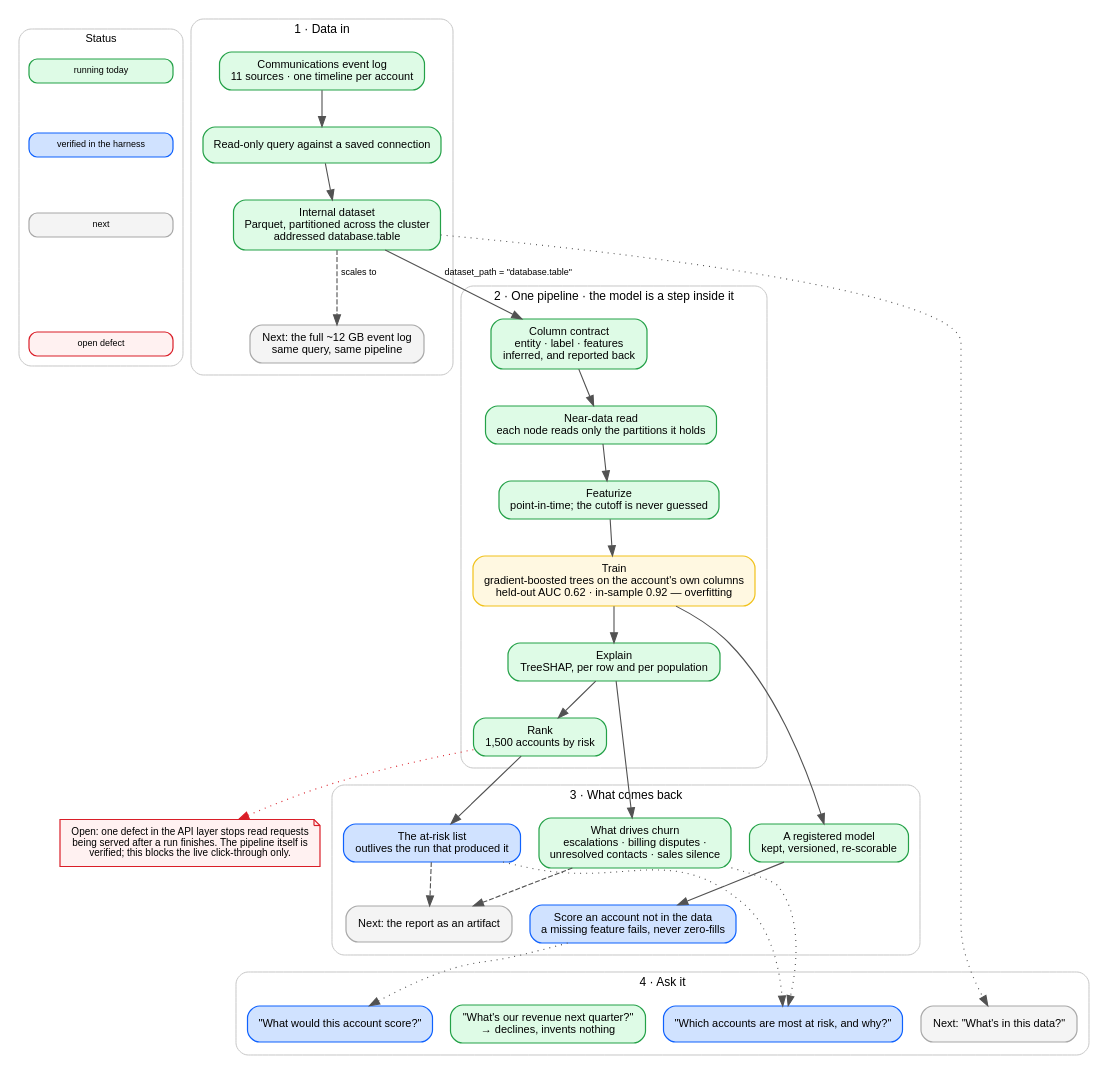
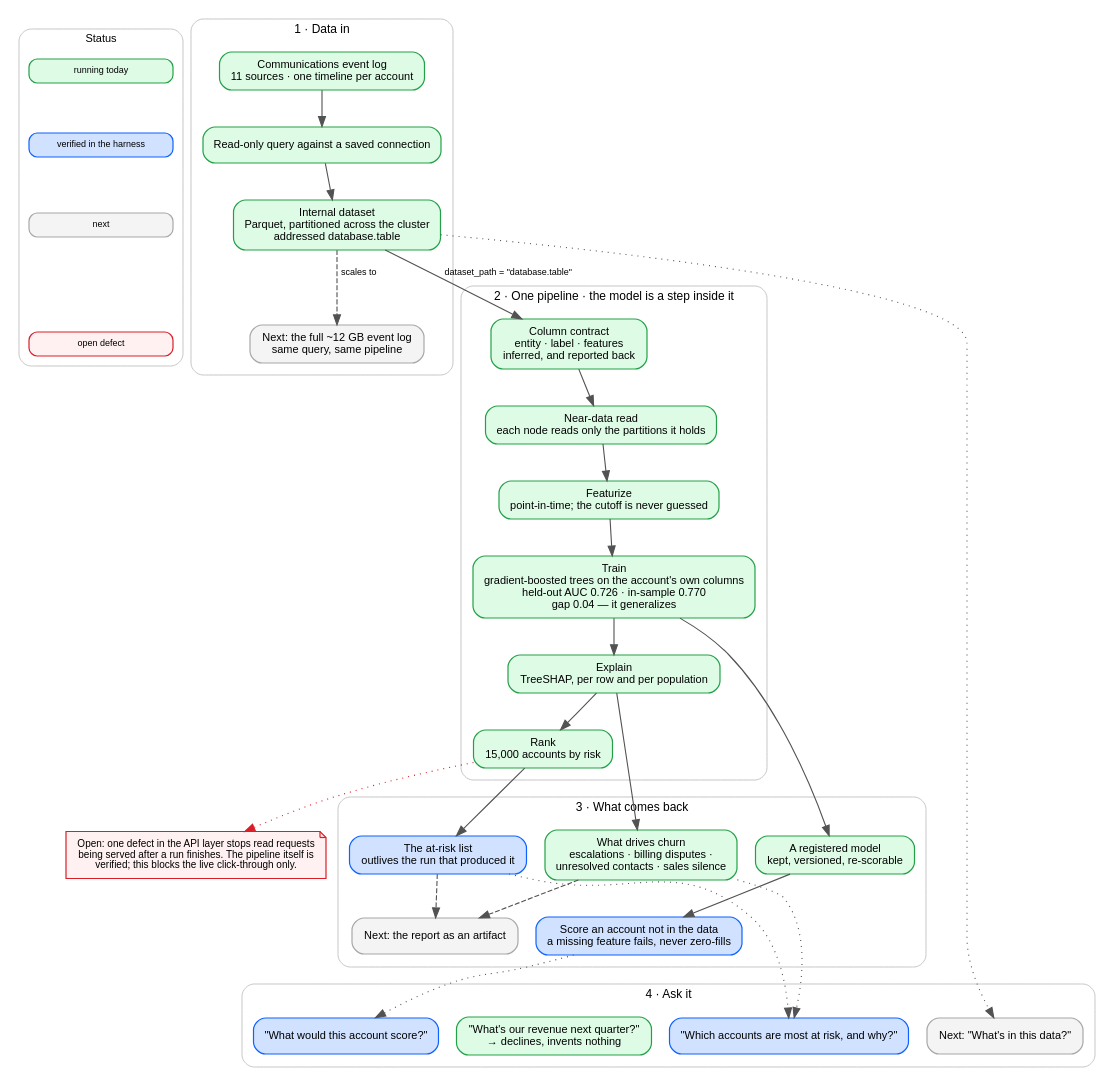
The diagram in docs/reports/results/diagrams/motive-churn-flow.dot (oramasearch/zetta), drawn with Graphviz before and after one commit. The commit also changed 3 other files, not shown here.

First line of the commit message:
feat(demo): 15,000 accounts — the generalization gap was sample size

```diff
--- a/docs/reports/results/diagrams/motive-churn-flow.dot
+++ b/docs/reports/results/diagrams/motive-churn-flow.dot
@@ -1,94 +1,94 @@
 // Motive churn — what the pipeline does today.
 //
 // Generated source for motive-churn-flow.svg. Render with:
 //   dot -Tsvg motive-churn-flow.dot -o motive-churn-flow.svg
 //
 // Colour is status, not decoration:
 //   green = running today   blue = built, verified in the test harness
 //   grey  = next            red  = open defect
 digraph motive_churn {
   rankdir=TB;
   bgcolor="white";
   fontname="IBM Plex Sans,Helvetica,Arial,sans-serif";
   node [fontname="IBM Plex Sans,Helvetica,Arial,sans-serif", fontsize=11,
         shape=box, style="rounded,filled", penwidth=1.2, margin="0.18,0.10"];
   edge [fontname="IBM Plex Sans,Helvetica,Arial,sans-serif", fontsize=9,
         color="#525252", penwidth=1.1];
 
   subgraph cluster_legend {
     label="Status"; fontsize=11; color="#c6c6c6"; style="rounded"; margin=10;
     node [shape=box, width=2.0, height=0.26, fontsize=9];
     L1 [label="running today", fillcolor="#defbe6", color="#24a148"];
     L2 [label="verified in the harness", fillcolor="#d0e2ff", color="#0f62fe"];
     L3 [label="next", fillcolor="#f4f4f4", color="#a8a8a8"];
     L4 [label="open defect", fillcolor="#fff1f1", color="#da1e28"];
     L1 -> L2 -> L3 -> L4 [style=invis];
   }
 
   subgraph cluster_in {
     label="1 · Data in"; fontsize=12; color="#c6c6c6"; style="rounded"; margin=12;
     src [label="Communications event log\n11 sources · one timeline per account",
          fillcolor="#defbe6", color="#24a148"];
     q [label="Read-only query against a saved connection",
        fillcolor="#defbe6", color="#24a148"];
     ds [label="Internal dataset\nParquet, partitioned across the cluster\naddressed database.table",
         fillcolor="#defbe6", color="#24a148"];
     scale [label="Next: the full ~12 GB event log\nsame query, same pipeline",
            fillcolor="#f4f4f4", color="#a8a8a8"];
     src -> q -> ds;
     ds -> scale [style=dashed, label="  scales to"];
   }
 
   subgraph cluster_pipe {
     label="2 · One pipeline · the model is a step inside it"; fontsize=12;
     color="#c6c6c6"; style="rounded"; margin=12;
     contract [label="Column contract\nentity · label · features\ninferred, and reported back",
               fillcolor="#defbe6", color="#24a148"];
     shard [label="Near-data read\neach node reads only the partitions it holds",
            fillcolor="#defbe6", color="#24a148"];
     feat [label="Featurize\npoint-in-time; the cutoff is never guessed",
           fillcolor="#defbe6", color="#24a148"];
-    train [label="Train\ngradient-boosted trees on the account's own columns\nheld-out AUC 0.62 · in-sample 0.92 — overfitting",
-           fillcolor="#fff8e1", color="#f1c21b"];
+    train [label="Train\ngradient-boosted trees on the account's own columns\nheld-out AUC 0.726 · in-sample 0.770\ngap 0.04 — it generalizes",
+           fillcolor="#defbe6", color="#24a148"];
     shap [label="Explain\nTreeSHAP, per row and per population",
           fillcolor="#defbe6", color="#24a148"];
-    rank [label="Rank\n1,500 accounts by risk",
+    rank [label="Rank\n15,000 accounts by risk",
           fillcolor="#defbe6", color="#24a148"];
     contract -> shard -> feat -> train -> shap -> rank;
   }
   ds -> contract [label="  dataset_path = \"database.table\""];
 
   subgraph cluster_out {
     label="3 · What comes back"; fontsize=12; color="#c6c6c6"; style="rounded"; margin=12;
     model [label="A registered model\nkept, versioned, re-scorable",
            fillcolor="#defbe6", color="#24a148"];
     drivers [label="What drives churn\nescalations · billing disputes ·\nunresolved contacts · sales silence",
              fillcolor="#defbe6", color="#24a148"];
     atrisk [label="The at-risk list\noutlives the run that produced it",
             fillcolor="#d0e2ff", color="#0f62fe"];
     infer [label="Score an account not in the data\na missing feature fails, never zero-fills",
            fillcolor="#d0e2ff", color="#0f62fe"];
     report [label="Next: the report as an artifact",
             fillcolor="#f4f4f4", color="#a8a8a8"];
     train -> model; shap -> drivers; rank -> atrisk; model -> infer;
     drivers -> report [style=dashed]; atrisk -> report [style=dashed];
   }
 
   subgraph cluster_ask {
     label="4 · Ask it"; fontsize=12; color="#c6c6c6"; style="rounded"; margin=12;
     q3 [label="\"Which accounts are most at risk, and why?\"",
         fillcolor="#d0e2ff", color="#0f62fe"];
     q2 [label="\"What would this account score?\"",
         fillcolor="#d0e2ff", color="#0f62fe"];
     q4 [label="\"What's our revenue next quarter?\"\n→ declines, invents nothing",
         fillcolor="#defbe6", color="#24a148"];
     q1 [label="Next: \"What's in this data?\"",
         fillcolor="#f4f4f4", color="#a8a8a8"];
   }
   atrisk -> q3 [style=dotted]; drivers -> q3 [style=dotted];
   infer -> q2 [style=dotted]; ds -> q1 [style=dotted];
 
   blocker [label="Open: one defect in the API layer stops read requests\nbeing served after a run finishes. The pipeline itself is\nverified; this blocks the live click-through only.",
            shape=note, fillcolor="#fff1f1", color="#da1e28", fontsize=10];
   rank -> blocker [style=dotted, color="#da1e28"];
 }
```
